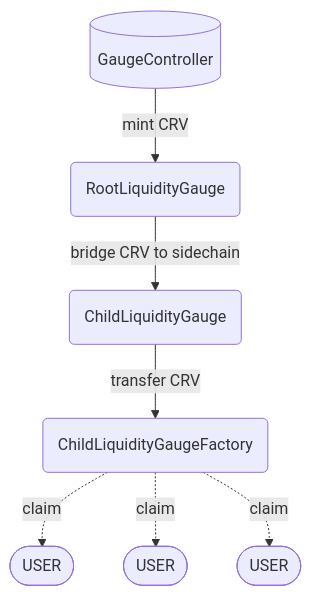
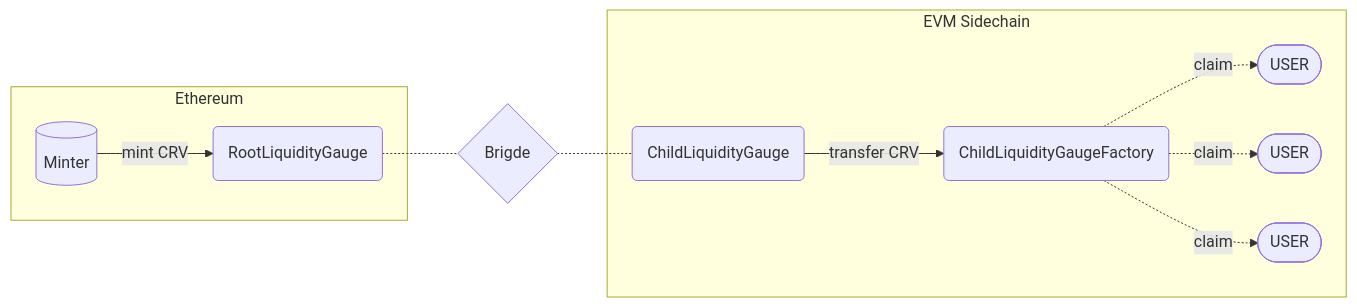
The diagram in docs/curve_dao/liquidity-gauge-and-minting-crv/evm-sidechains/overview.md (CurveDocs/curve-docs), drawn with Mermaid before and after one commit. The commit also changed other lines of this file, not shown here.

Commit message:
overview

````diff
--- a/docs/curve_dao/liquidity-gauge-and-minting-crv/evm-sidechains/overview.md
+++ b/docs/curve_dao/liquidity-gauge-and-minting-crv/evm-sidechains/overview.md
@@ -17,9 +17,14 @@
 ```mermaid
-graph TB
-    gc[(GaugeController)] -->|mint CRV| rcg1(RootLiquidityGauge)
-    rcg1 -->|bridge CRV to sidechain| clg(ChildLiquidityGauge)
+graph LR
+    subgraph Ethereum
+    gc[(Minter)] -->|mint CRV| rcg(RootLiquidityGauge)
+    end
+    rcg .- b{Brigde}
+    b .- clg(ChildLiquidityGauge)
+    subgraph EVM Sidechain
     clg --> |transfer CRV| clgf(ChildLiquidityGaugeFactory)
     clgf .-> |claim| u([USER])
     clgf .-> |claim| u1([USER])
     clgf .-> |claim| u2([USER])
+    end
 ```
````
